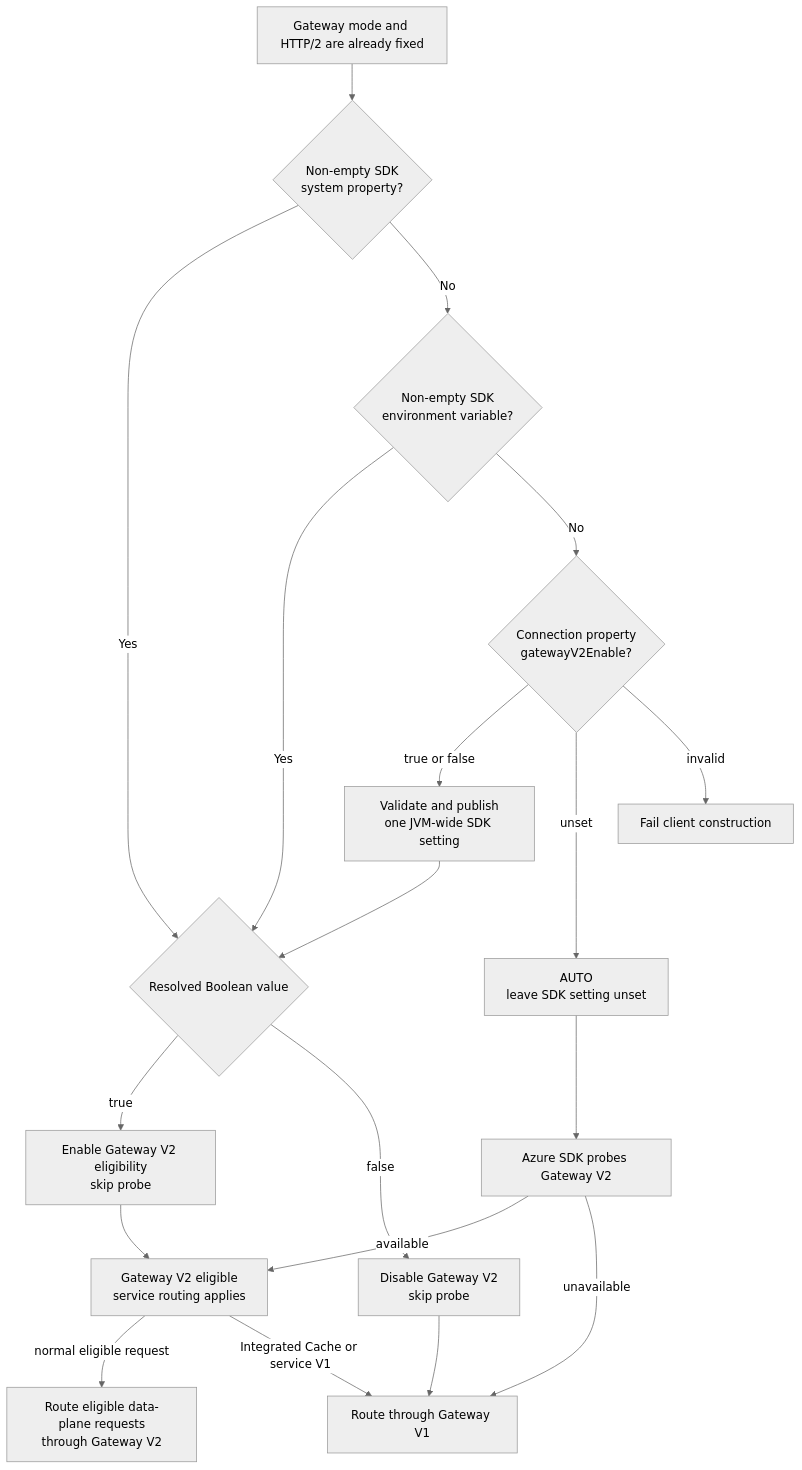
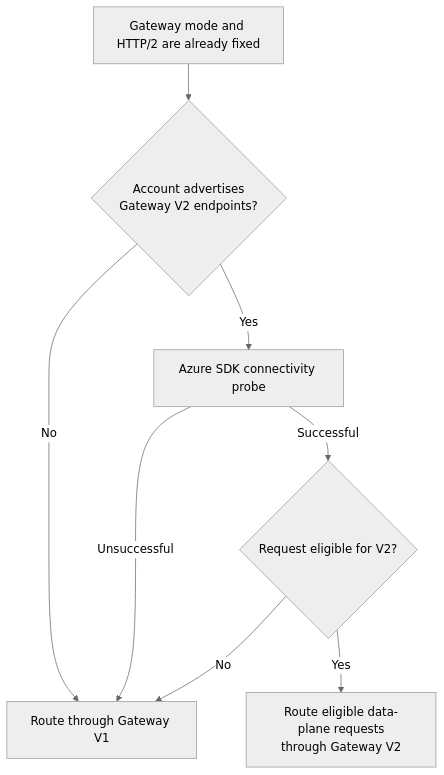
One commit to allenkim0129/multiclouddb-sdk-for-java changed the fourth of 4 diagrams in specs/feat/cosmos-gateway-defaults/design.md. Above: the diagram before and after it, drawn with Mermaid (neutral theme). The commit also changed other lines of this file and 17 other files, not shown here.

````diff
--- a/specs/feat/cosmos-gateway-defaults/design.md
+++ b/specs/feat/cosmos-gateway-defaults/design.md
@@ -210,36 +155,17 @@
 ```mermaid
 flowchart TD
     Start["Gateway mode and HTTP/2 are already fixed"]
-    System{"Non-empty SDK<br/>system property?"}
-    Environment{"Non-empty SDK<br/>environment variable?"}
-    Connection{"Connection property<br/>gatewayV2Enable?"}
-    Publish["Validate and publish<br/>one JVM-wide SDK setting"]
-    Value{"Resolved Boolean value"}
-    Auto["AUTO<br/>leave SDK setting unset"]
-    Probe["Azure SDK probes Gateway V2"]
-    Eligible["Gateway V2 eligible<br/>service routing applies"]
+    Account{"Account advertises<br/>Gateway V2 endpoints?"}
+    Probe["Azure SDK connectivity probe"]
+    Request{"Request eligible for V2?"}
     V2["Route eligible data-plane requests<br/>through Gateway V2"]
     V1["Route through Gateway V1"]
-    Enable["Enable Gateway V2 eligibility<br/>skip probe"]
-    Off["Disable Gateway V2<br/>skip probe"]
-    Error["Fail client construction"]
 
-    Start --> System
-    System -->|Yes| Value
-    System -->|No| Environment
-    Environment -->|Yes| Value
-    Environment -->|No| Connection
-    Connection -->|true or false| Publish
-    Connection -->|unset| Auto
-    Connection -->|invalid| Error
-    Publish --> Value
-    Value -->|true| Enable
-    Value -->|false| Off
-    Enable --> Eligible
-    Eligible -->|normal eligible request| V2
-    Eligible -->|Integrated Cache or service V1| V1
-    Off --> V1
-    Auto --> Probe
-    Probe -->|available| Eligible
-    Probe -->|unavailable| V1
+    Start --> Account
+    Account -->|No| V1
+    Account -->|Yes| Probe
+    Probe -->|Unsuccessful| V1
+    Probe -->|Successful| Request
+    Request -->|No| V1
+    Request -->|Yes| V2
 ```
````
